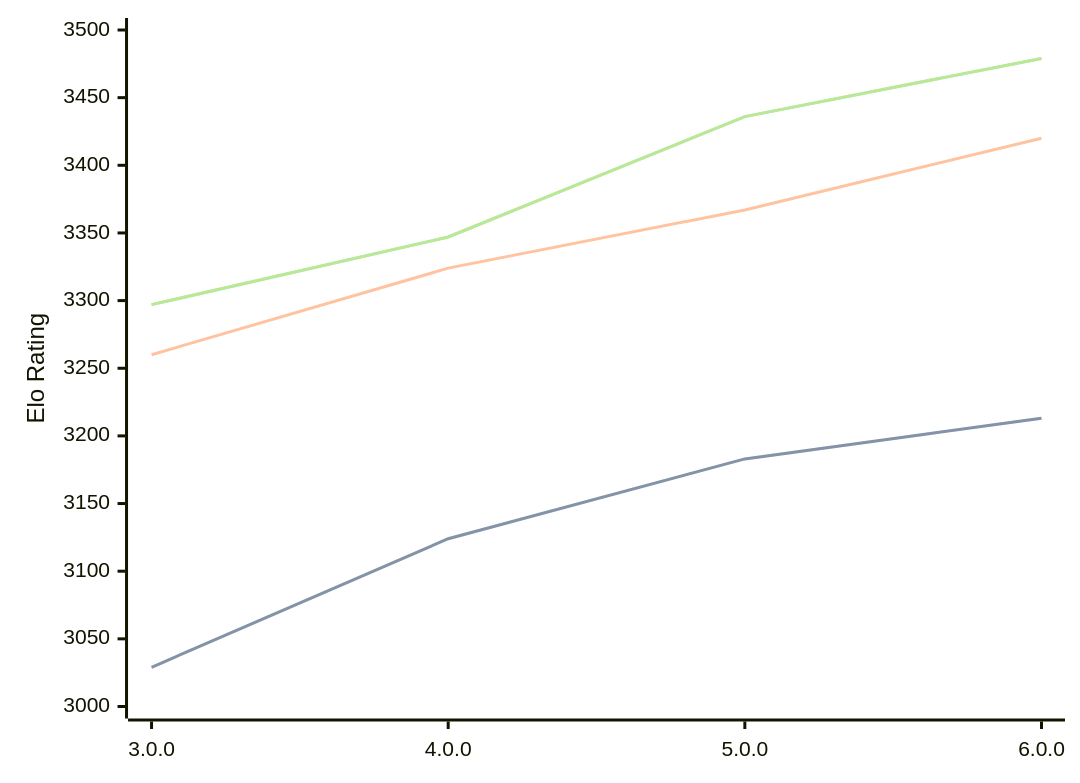
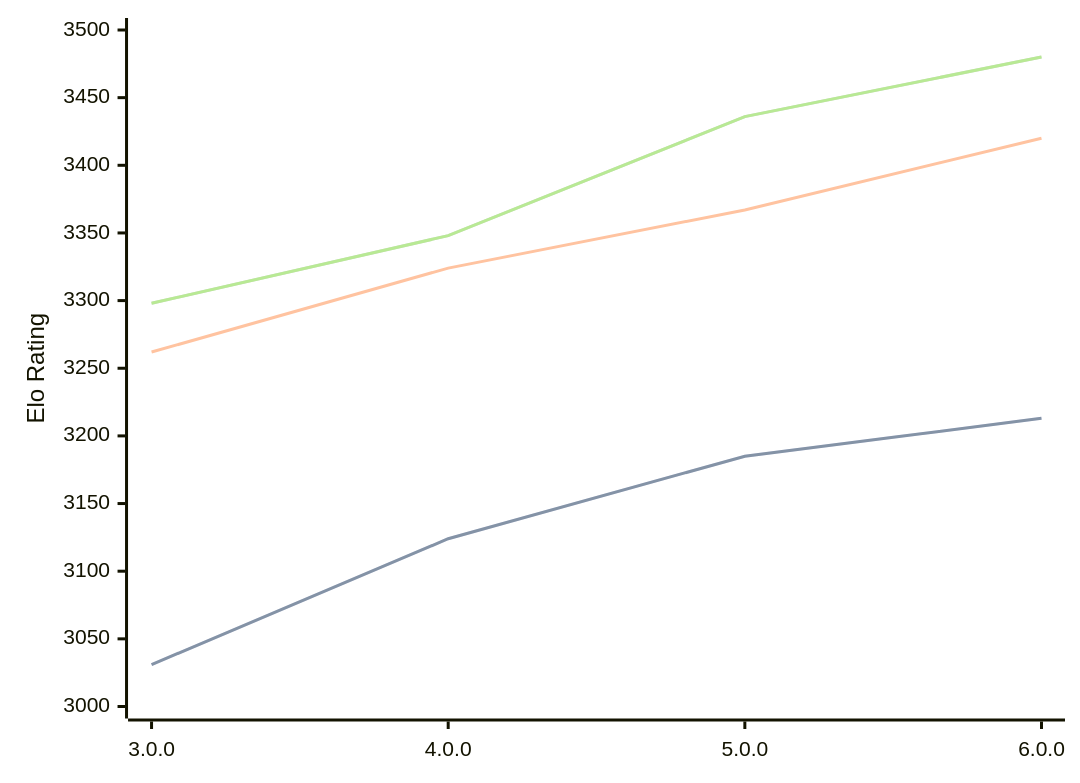
One commit to computer-chess-index/cci changed the diagram in engines/Minke.md. Above: the diagram before and after it, drawn with Mermaid. The commit also changed other lines of this file, not shown here.

Commit message:
Update CCI Ratings (ELO VLTC) - 2026-05-17

````diff
--- a/engines/Minke.md
+++ b/engines/Minke.md
@@ -36,11 +36,11 @@
 ```mermaid
 %%{init: {"theme":"base","themeVariables":{"seriesColors:['#a3a3a3','#222221','#faa371']}}}%%
 xychart-beta
   x-axis ["3.0.0", "4.0.0", "5.0.0", "6.0.0"]
   y-axis "Elo Rating" 3000 --> 3500
-  line "STC (8.0+0.08s)" [3029, 3124, 3183, 3213]
-  line "STC (8.0+0.08s)" [3029, 3124, 3183, 3213]
-  line "LTC (60.0+0.60s)" [3260, 3324, 3367, 3420]
-  line "VLTC (2m24s+1.12s)" [3297, 3347, 3436, 3479]
-  line "VLTC (2m24s+1.12s)" [3297, 3347, 3436, 3479]
+  line "STC (8.0+0.08s)" [3031, 3124, 3185, 3213]
+  line "STC (8.0+0.08s)" [3031, 3124, 3185, 3213]
+  line "LTC (60.0+0.60s)" [3262, 3324, 3367, 3420]
+  line "VLTC (2m24s+1.12s)" [3298, 3348, 3436, 3480]
+  line "VLTC (2m24s+1.12s)" [3298, 3348, 3436, 3480]
 ```
````
